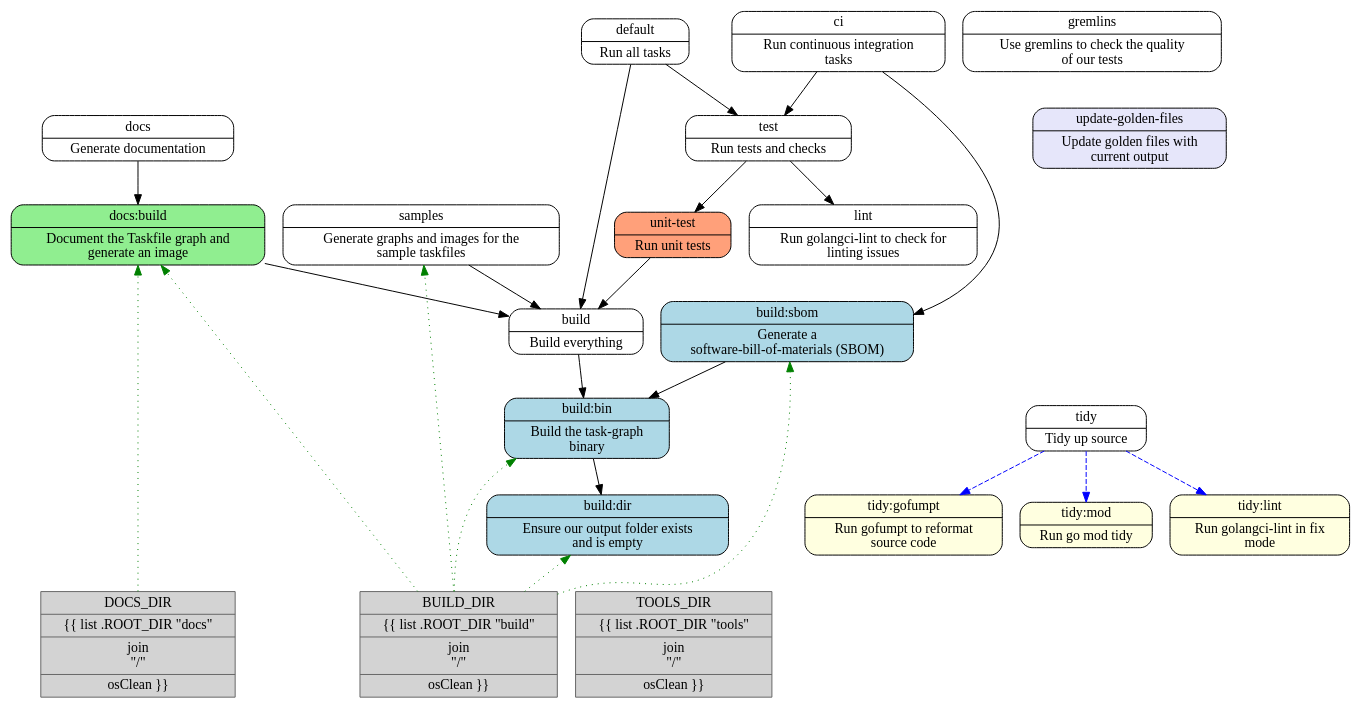
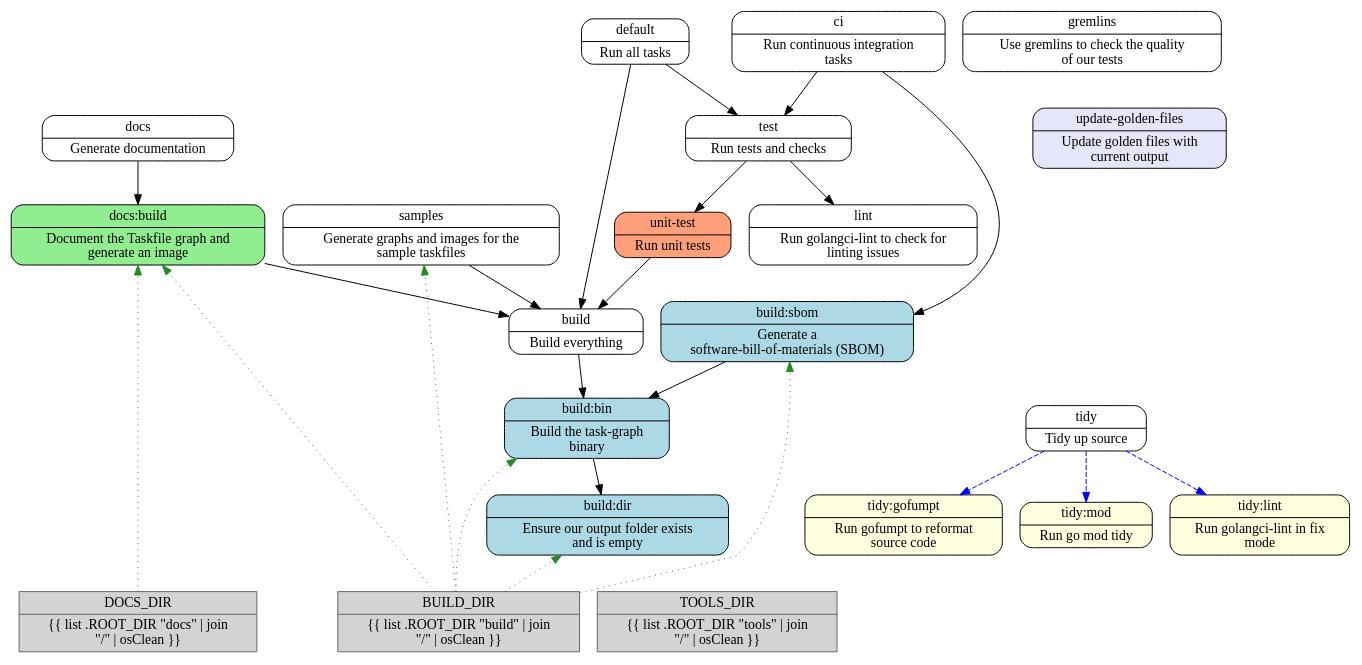
One commit to theunrepentantgeek/task-graph changed the diagram in docs/taskfile.dot. Above: the diagram before and after it, drawn with Graphviz. The commit also changed 1 other file, not shown here.

Commit message:
Update docs graph

```diff
--- a/docs/taskfile.dot
+++ b/docs/taskfile.dot
@@ -208,32 +208,32 @@
   "var_BUILD_DIR" [
     color="#666666"
     fillcolor="lightgray"
-    label="{BUILD_DIR | \{\{ list .ROOT_DIR \"build\" | join \n\"/\" | osClean \}\}}"
+    label="{BUILD_DIR | \{\{ list .ROOT_DIR \"build\" \| join \n\"/\" \| osClean \}\}}"
     shape="record"
     style="filled"
   ]
   "var_BUILD_DIR" -> "build_bin" [
-    color="green"
+    color="#228B22"
     penwidth="1"
     style="dotted"
   ]
   "var_BUILD_DIR" -> "build_dir" [
-    color="green"
+    color="#228B22"
     penwidth="1"
     style="dotted"
   ]
   "var_BUILD_DIR" -> "build_sbom" [
-    color="green"
+    color="#228B22"
     penwidth="1"
     style="dotted"
   ]
   "var_BUILD_DIR" -> "docs_build" [
-    color="green"
+    color="#228B22"
     penwidth="1"
     style="dotted"
   ]
   "var_BUILD_DIR" -> "samples" [
-    color="green"
+    color="#228B22"
     penwidth="1"
     style="dotted"
   ]
@@ -241,12 +241,12 @@
   "var_DOCS_DIR" [
     color="#666666"
     fillcolor="lightgray"
-    label="{DOCS_DIR | \{\{ list .ROOT_DIR \"docs\" | join \n\"/\" | osClean \}\}}"
+    label="{DOCS_DIR | \{\{ list .ROOT_DIR \"docs\" \| join \n\"/\" \| osClean \}\}}"
     shape="record"
     style="filled"
   ]
   "var_DOCS_DIR" -> "docs_build" [
-    color="green"
+    color="#228B22"
     penwidth="1"
     style="dotted"
   ]
@@ -254,7 +254,7 @@
   "var_TOOLS_DIR" [
     color="#666666"
     fillcolor="lightgray"
-    label="{TOOLS_DIR | \{\{ list .ROOT_DIR \"tools\" | join \n\"/\" | osClean \}\}}"
+    label="{TOOLS_DIR | \{\{ list .ROOT_DIR \"tools\" \| join \n\"/\" \| osClean \}\}}"
     shape="record"
     style="filled"
   ]
```
